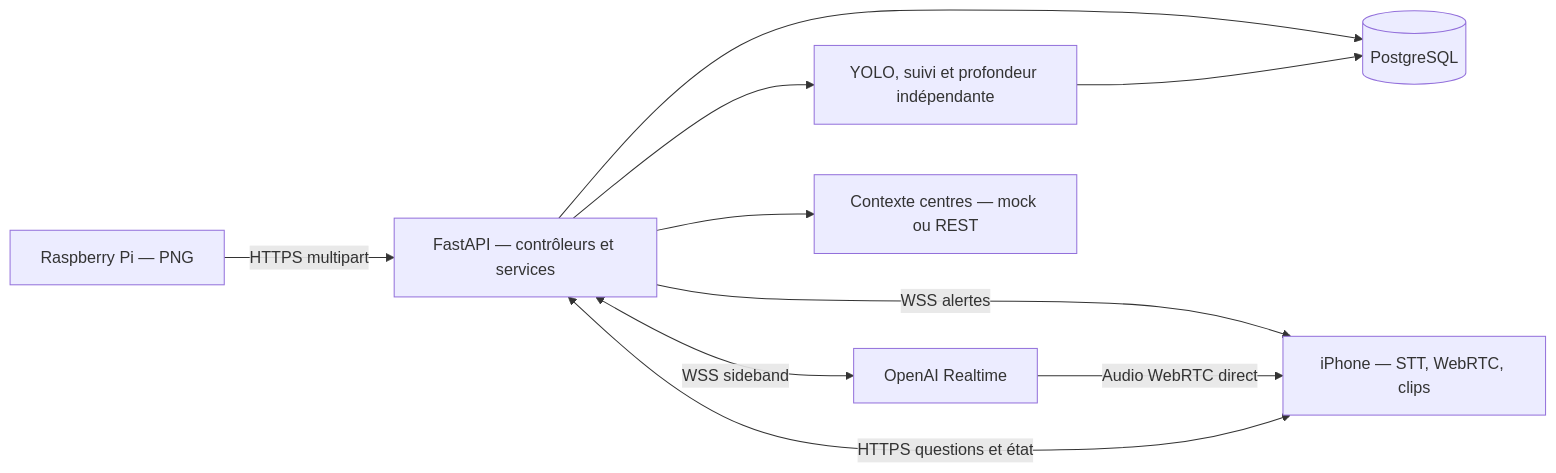
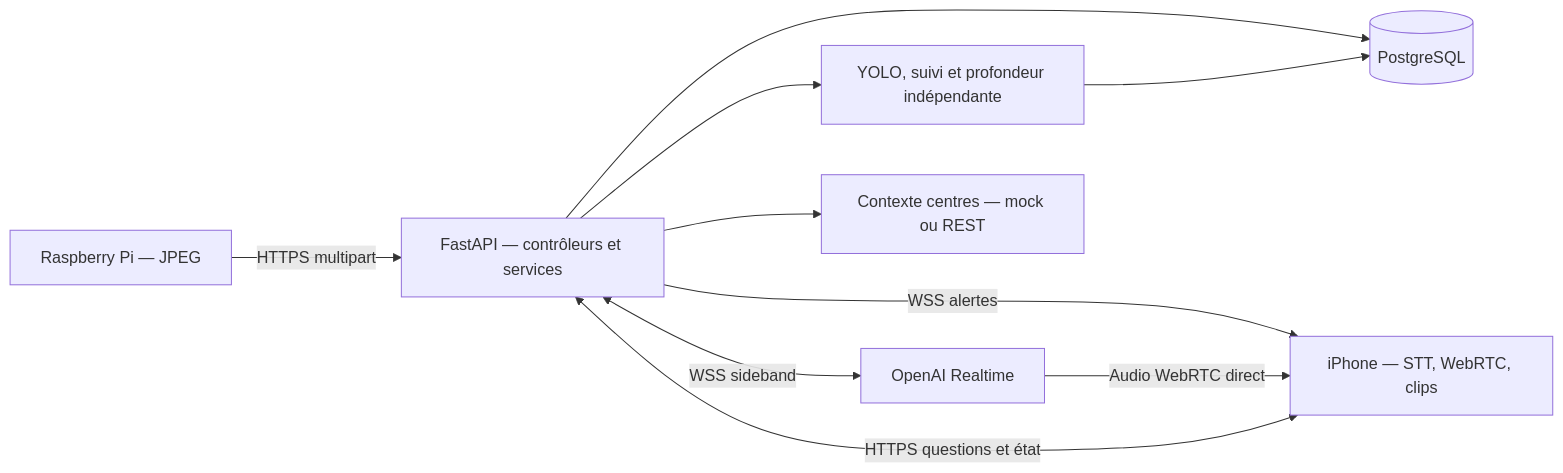
The diagram in docs/diagrams/01-architecture.mmd (Mindsept/Looki--Vision), drawn with Mermaid before and after one commit. The commit also changed 26 other files, not shown here.

```diff
--- a/docs/diagrams/01-architecture.mmd
+++ b/docs/diagrams/01-architecture.mmd
@@ -1,10 +1,10 @@
 flowchart LR
-    Pi["Raspberry Pi — PNG"] -->|"HTTPS multipart"| API["FastAPI — contrôleurs et services"]
+    Pi["Raspberry Pi — JPEG"] -->|"HTTPS multipart"| API["FastAPI — contrôleurs et services"]
     API --> DB[("PostgreSQL")]
     API --> Vision["YOLO, suivi et profondeur indépendante"]
     Vision --> DB
     App["iPhone — STT, WebRTC, clips"] <-->|"HTTPS questions et état"| API
     API -->|"WSS alertes"| App
     API <-->|"WSS sideband"| RT["OpenAI Realtime"]
     RT -->|"Audio WebRTC direct"| App
     API --> Centres["Contexte centres — mock ou REST"]
```
